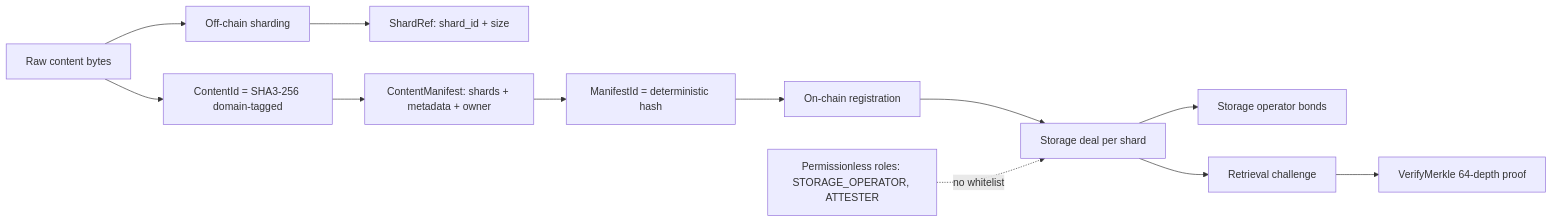
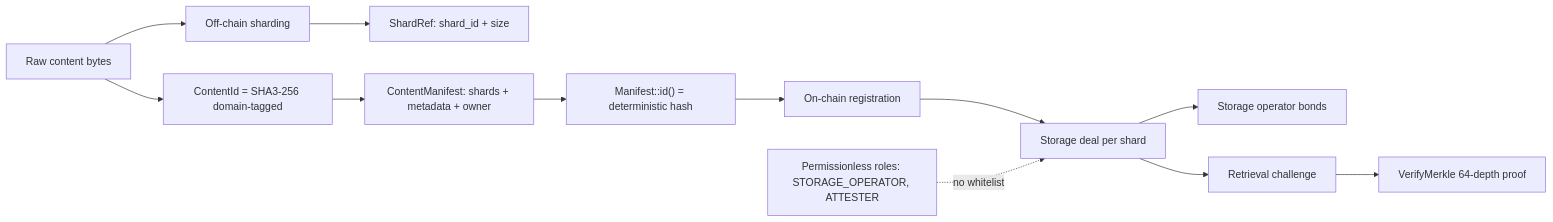
One commit to budlum-xyz/budlum changed diagram 38 of 57 in docs/ARCHITECTURE.md. Above: the diagram before and after it, drawn with Mermaid. The commit also changed other lines of this file and 315 other files, not shown here.

````diff
--- a/docs/ARCHITECTURE.md
+++ b/docs/ARCHITECTURE.md
@@ -1205,14 +1289,14 @@
 ```mermaid
 flowchart LR
   Content[Raw content bytes] --> Hash[ContentId = SHA3-256 domain-tagged]
   Content --> Shards[Off-chain sharding]
   Shards --> ShardRef["ShardRef: shard_id + size"]
   Hash --> Manifest["ContentManifest: shards + metadata + owner"]
-  Manifest --> ManifestId[ManifestId = deterministic hash]
+  Manifest --> ManifestId["Manifest::id() = deterministic hash"]
   ManifestId --> Chain[On-chain registration]
   Chain --> Deal[Storage deal per shard]
   Deal --> Operator[Storage operator bonds]
   Deal --> Challenge[Retrieval challenge]
   Challenge --> Proof[VerifyMerkle 64-depth proof]
   Roles["Permissionless roles: STORAGE_OPERATOR, ATTESTER"] -. no whitelist .-> Deal
 ```
````
